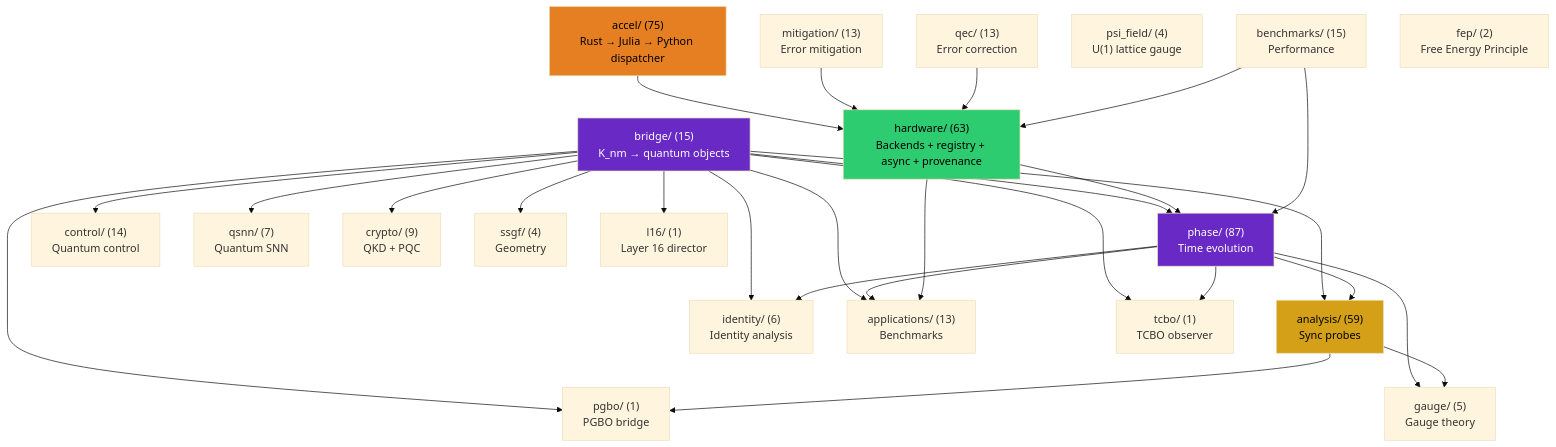
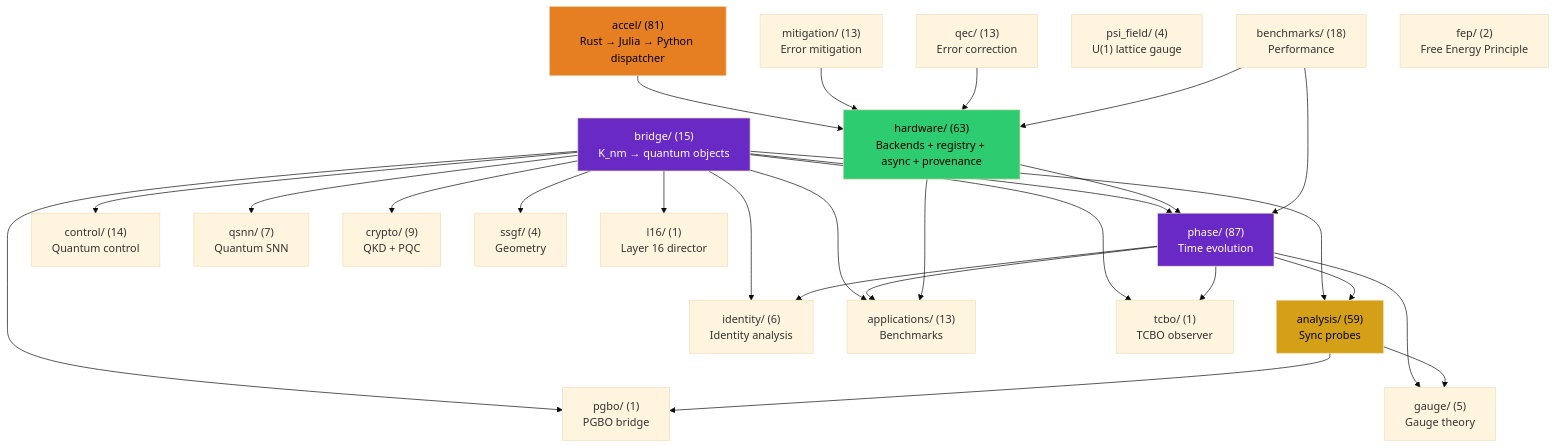
The first of 4 diagrams in docs/architecture.md (anulum/scpn-quantum-control), drawn with Mermaid (base theme) before and after one commit. The commit also changed other lines of this file and 8 other files, not shown here.

````diff
--- a/docs/architecture.md
+++ b/docs/architecture.md
@@ -91,55 +91,55 @@
 ```mermaid
 graph TD
     bridge["bridge/ (15)\nK_nm → quantum objects"]
     phase["phase/ (87)\nTime evolution"]
     analysis["analysis/ (59)\nSync probes"]
     control["control/ (14)\nQuantum control"]
     qsnn["qsnn/ (7)\nQuantum SNN"]
     identity["identity/ (6)\nIdentity analysis"]
     hardware["hardware/ (63)\nBackends + registry + async + provenance"]
     mitigation["mitigation/ (13)\nError mitigation"]
     qec["qec/ (13)\nError correction"]
     gauge["gauge/ (5)\nGauge theory"]
     apps["applications/ (13)\nBenchmarks"]
     crypto["crypto/ (9)\nQKD + PQC"]
-    benchmarks["benchmarks/ (15)\nPerformance"]
+    benchmarks["benchmarks/ (18)\nPerformance"]
     ssgf["ssgf/ (4)\nGeometry"]
     psi_field["psi_field/ (4)\nU(1) lattice gauge"]
-    accel["accel/ (75)\nRust → Julia → Python dispatcher"]
+    accel["accel/ (81)\nRust → Julia → Python dispatcher"]
     fep["fep/ (2)\nFree Energy Principle"]
     tcbo["tcbo/ (1)\nTCBO observer"]
     pgbo["pgbo/ (1)\nPGBO bridge"]
     l16["l16/ (1)\nLayer 16 director"]
 
     bridge --> phase
     bridge --> analysis
     bridge --> control
     bridge --> qsnn
     bridge --> identity
     bridge --> apps
     bridge --> crypto
     bridge --> ssgf
     phase --> analysis
     phase --> identity
     phase --> apps
     phase --> gauge
     analysis --> gauge
     hardware --> phase
     hardware --> apps
     accel --> hardware
     mitigation --> hardware
     qec --> hardware
     benchmarks --> phase
     benchmarks --> hardware
     bridge --> tcbo
     bridge --> pgbo
     bridge --> l16
     phase --> tcbo
     analysis --> pgbo
 
     style bridge fill:#6929C4,color:#fff
     style analysis fill:#d4a017,color:#000
     style phase fill:#6929C4,color:#fff
     style hardware fill:#2ecc71,color:#000
     style accel fill:#e67e22,color:#000
 ```
````
